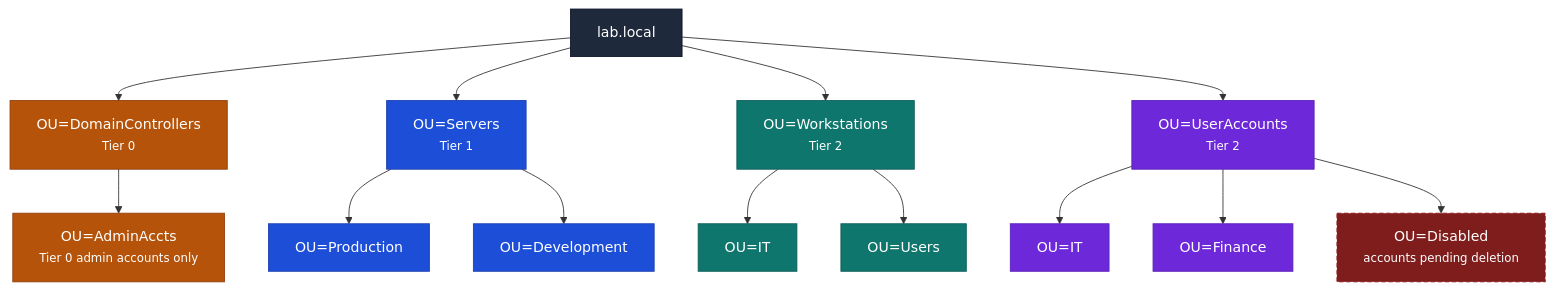
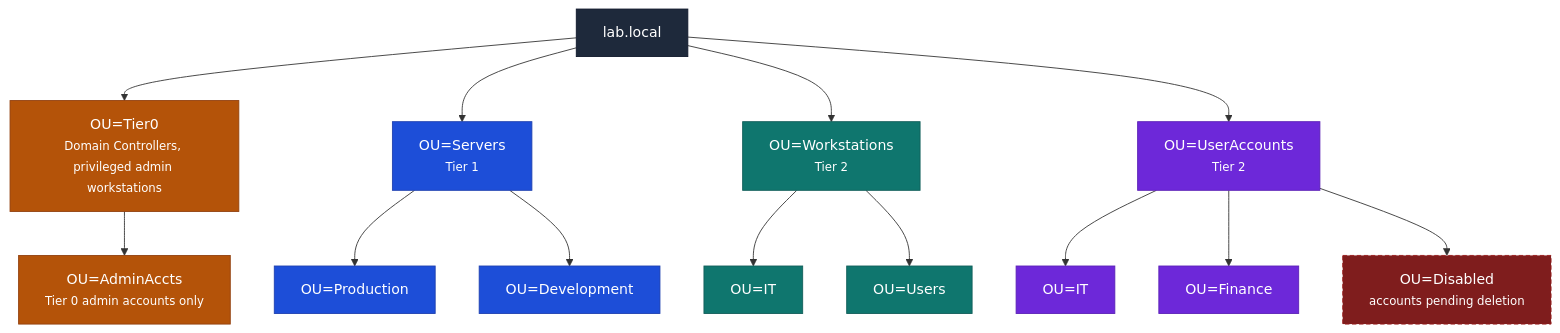
Before and after one commit to BYU-CYBER-444/byu-cyber-444.github.io: the diagram in labs/copies/lab-03.md, drawn with Mermaid. The commit also changed other lines of this file and 2 other files, not shown here.

````diff
--- a/labs/copies/lab-03.md
+++ b/labs/copies/lab-03.md
@@ -68,45 +66,45 @@
 ```mermaid
 flowchart TD
     ROOT["lab.local"]
-    DC["OU=DomainControllers<br/><small>Tier 0</small>"]
+    DC["OU=Tier0<br/><small>Domain Controllers, privileged admin workstations</small>"]
     SRV["OU=Servers<br/><small>Tier 1</small>"]
     WS["OU=Workstations<br/><small>Tier 2</small>"]
     UA["OU=UserAccounts<br/><small>Tier 2</small>"]
 
     ADMIN["OU=AdminAccts<br/><small>Tier 0 admin accounts only</small>"]
     PROD["OU=Production"]
     DEV["OU=Development"]
     ITW["OU=IT"]
     USR["OU=Users"]
     ITA["OU=IT"]
     FIN["OU=Finance"]
     DIS["OU=Disabled<br/><small>accounts pending deletion</small>"]
 
     ROOT --> DC
     ROOT --> SRV
     ROOT --> WS
     ROOT --> UA
 
     DC --> ADMIN
     SRV --> PROD
     SRV --> DEV
     WS --> ITW
     WS --> USR
     UA --> ITA
     UA --> FIN
     UA --> DIS
 
     classDef root fill:#1e293b,color:#fff,stroke:#0f172a,stroke-width:1px;
     classDef tier0 fill:#b45309,color:#fff,stroke:#92400e,stroke-width:1px;
     classDef tier1 fill:#1d4ed8,color:#fff,stroke:#1e40af,stroke-width:1px;
     classDef tier2 fill:#0f766e,color:#fff,stroke:#115e59,stroke-width:1px;
     classDef tier2b fill:#6d28d9,color:#fff,stroke:#5b21b6,stroke-width:1px;
     classDef disabled fill:#7f1d1d,color:#fff,stroke:#991b1b,stroke-width:1px,stroke-dasharray: 5 3;
 
     class ROOT root;
     class DC,ADMIN tier0;
     class SRV,PROD,DEV tier1;
     class WS,ITW,USR tier2;
     class UA,ITA,FIN tier2b;
     class DIS disabled;
 ```
````
